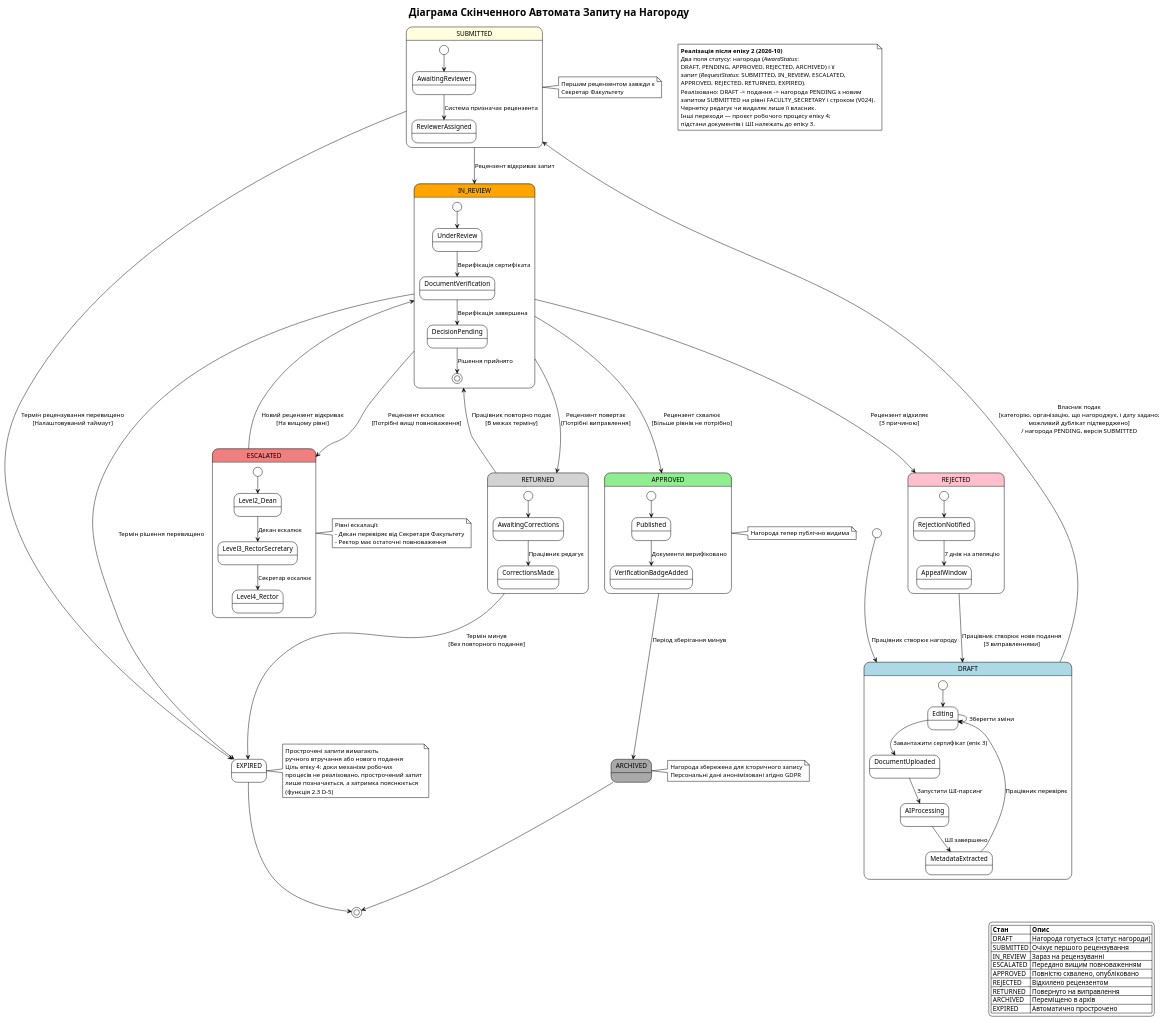
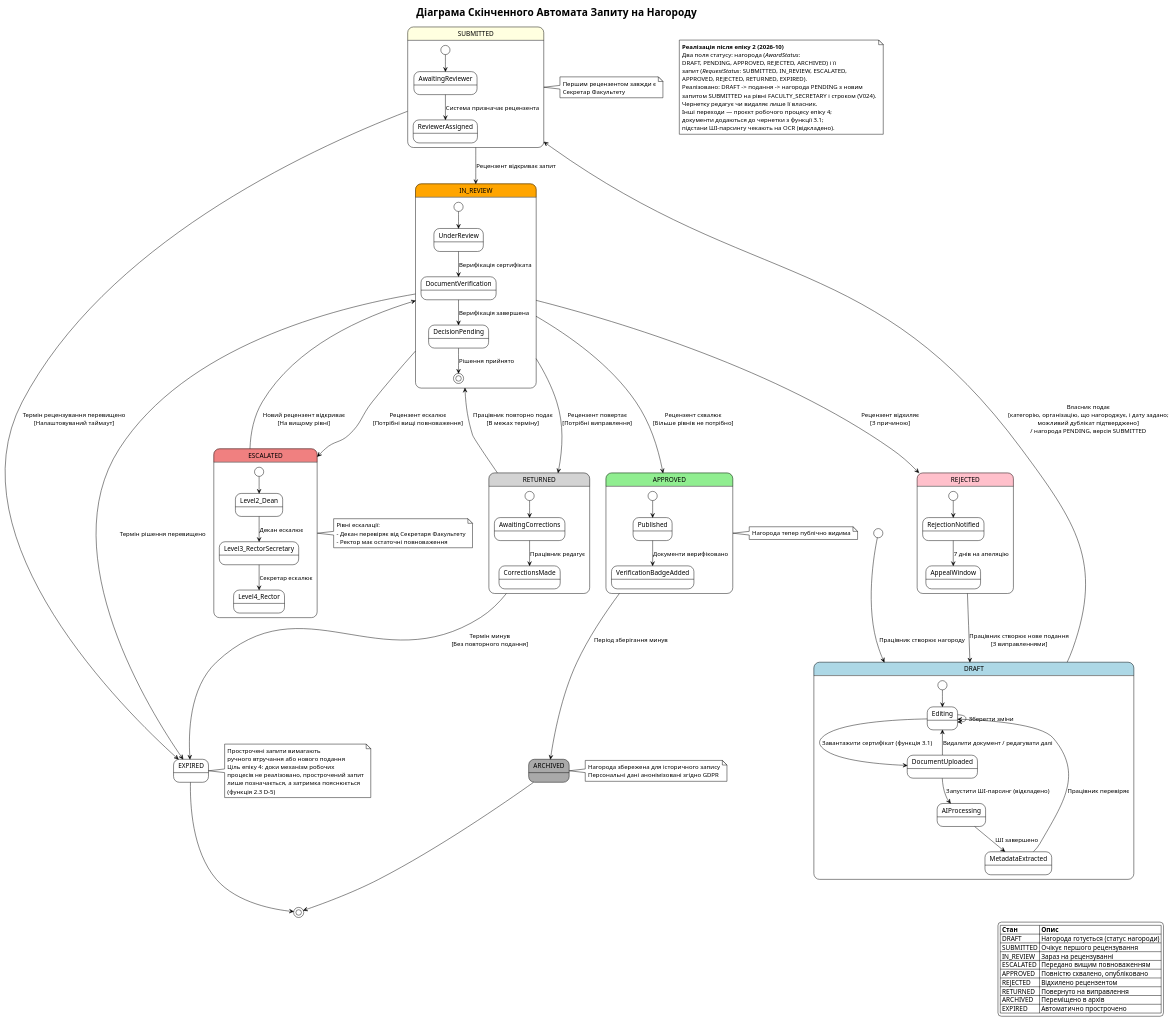
One commit to StKostyk/award-monitoring-system changed the diagram in docs/ua/diagrams/uml/state-machine-award-request.puml. Above: the diagram before and after it, drawn with PlantUML. The commit also changed 55 other files, not shown here.

```diff
--- a/docs/ua/diagrams/uml/state-machine-award-request.puml
+++ b/docs/ua/diagrams/uml/state-machine-award-request.puml
@@ -1,146 +1,148 @@
 @startuml StateMachine_Award_Request_UA
 !theme plain
 skinparam state {
     BackgroundColor<<draft>> LightBlue
     BackgroundColor<<pending>> LightYellow
     BackgroundColor<<review>> Orange
     BackgroundColor<<escalated>> LightCoral
     BackgroundColor<<approved>> LightGreen
     BackgroundColor<<rejected>> Pink
     BackgroundColor<<returned>> LightGray
     BackgroundColor<<archived>> DarkGray
 }
 
 title Діаграма Скінченного Автомата Запиту на Нагороду
 
 note as AsBuilt
     <b>Реалізація після епіку 2 (2026-10)</b>
     Два поля статусу: нагорода (<i>AwardStatus</i>:
     DRAFT, PENDING, APPROVED, REJECTED, ARCHIVED) і її
     запит (<i>RequestStatus</i>: SUBMITTED, IN_REVIEW, ESCALATED,
     APPROVED, REJECTED, RETURNED, EXPIRED).
     Реалізовано: DRAFT -> подання -> нагорода PENDING з новим
     запитом SUBMITTED на рівні FACULTY_SECRETARY і строком (V024).
     Чернетку редагує чи видаляє лише її власник.
     Інші переходи — проєкт робочого процесу епіку 4;
-    підстани документів і ШІ належать до епіку 3.
+    документи додаються до чернетки з функції 3.1;
+    підстани ШІ-парсингу чекають на OCR (відкладено).
 end note
 
 [*] --> DRAFT <<draft>> : Працівник створює нагороду
 
 state DRAFT <<draft>> {
     [*] --> Editing
     Editing --> Editing : Зберегти зміни
-    Editing --> DocumentUploaded : Завантажити сертифікат (епік 3)
-    DocumentUploaded --> AIProcessing : Запустити ШІ-парсинг
+    Editing --> DocumentUploaded : Завантажити сертифікат (функція 3.1)
+    DocumentUploaded --> Editing : Видалити документ / редагувати далі
+    DocumentUploaded --> AIProcessing : Запустити ШІ-парсинг (відкладено)
     AIProcessing --> MetadataExtracted : ШІ завершено
     MetadataExtracted --> Editing : Працівник перевіряє
 }
 
 DRAFT --> SUBMITTED <<pending>> : Власник подає\n[категорію, організацію, що нагороджує, і дату задано;\nможливий дублікат підтверджено]\n/ нагорода PENDING, версія SUBMITTED
 
 state SUBMITTED <<pending>> {
     [*] --> AwaitingReviewer
     AwaitingReviewer --> ReviewerAssigned : Система призначає рецензента
 }
 
 note right of SUBMITTED
     Першим рецензентом завжди є
     Секретар Факультету
 end note
 
 SUBMITTED --> IN_REVIEW <<review>> : Рецензент відкриває запит
 
 state IN_REVIEW <<review>> {
     [*] --> UnderReview
     UnderReview --> DocumentVerification : Верифікація сертифіката
     DocumentVerification --> DecisionPending : Верифікація завершена
     DecisionPending --> [*] : Рішення прийнято
 }
 
 IN_REVIEW --> APPROVED <<approved>> : Рецензент схвалює\n[Більше рівнів не потрібно]
 IN_REVIEW --> REJECTED <<rejected>> : Рецензент відхиляє\n[З причиною]
 IN_REVIEW --> ESCALATED <<escalated>> : Рецензент ескалює\n[Потрібні вищі повноваження]
 IN_REVIEW --> RETURNED <<returned>> : Рецензент повертає\n[Потрібні виправлення]
 
 state ESCALATED <<escalated>> {
     [*] --> Level2_Dean
     Level2_Dean --> Level3_RectorSecretary : Декан ескалює
     Level3_RectorSecretary --> Level4_Rector : Секретар ескалює
 }
 
 note right of ESCALATED
     Рівні ескалації:
     - Декан перевіряє від Секретаря Факультету
     - Ректор має остаточні повноваження
 end note
 
 ESCALATED --> IN_REVIEW : Новий рецензент відкриває\n[На вищому рівні]
 
 state RETURNED <<returned>> {
     [*] --> AwaitingCorrections
     AwaitingCorrections --> CorrectionsMade : Працівник редагує
 }
 
 RETURNED --> IN_REVIEW : Працівник повторно подає\n[В межах терміну]
 RETURNED --> EXPIRED : Термін минув\n[Без повторного подання]
 
 state REJECTED <<rejected>> {
     [*] --> RejectionNotified
     RejectionNotified --> AppealWindow : 7 днів на апеляцію
 }
 
 REJECTED --> DRAFT : Працівник створює нове подання\n[З виправленнями]
 
 state APPROVED <<approved>> {
     [*] --> Published
     Published --> VerificationBadgeAdded : Документи верифіковано
 }
 
 note right of APPROVED
     Нагорода тепер публічно видима
 end note
 
 APPROVED --> ARCHIVED <<archived>> : Період зберігання минув
 
 state ARCHIVED <<archived>>
 
 note right of ARCHIVED
     Нагорода збережена для історичного запису
     Персональні дані анонімізовані згідно GDPR
 end note
 
 ARCHIVED --> [*]
 
 ' Переходи з таймаутом
 SUBMITTED --> EXPIRED : Термін рецензування перевищено\n[Налаштовуваний таймаут]
 IN_REVIEW --> EXPIRED : Термін рішення перевищено
 
 state EXPIRED
 
 note right of EXPIRED
     Прострочені запити вимагають
     ручного втручання або нового подання
     Ціль епіку 4: доки механізм робочих
     процесів не реалізовано, прострочений запит
     лише позначається, а затримка пояснюється
     (функція 2.3 D-5)
 end note
 
 EXPIRED --> [*]
 
 ' Легенда
 legend right
     |= Стан |= Опис |
     | DRAFT | Нагорода готується (статус нагороди) |
     | SUBMITTED | Очікує першого рецензування |
     | IN_REVIEW | Зараз на рецензуванні |
     | ESCALATED | Передано вищим повноваженням |
     | APPROVED | Повністю схвалено, опубліковано |
     | REJECTED | Відхилено рецензентом |
     | RETURNED | Повернуто на виправлення |
     | ARCHIVED | Переміщено в архів |
     | EXPIRED | Автоматично прострочено |
 endlegend
 
 @enduml
```
